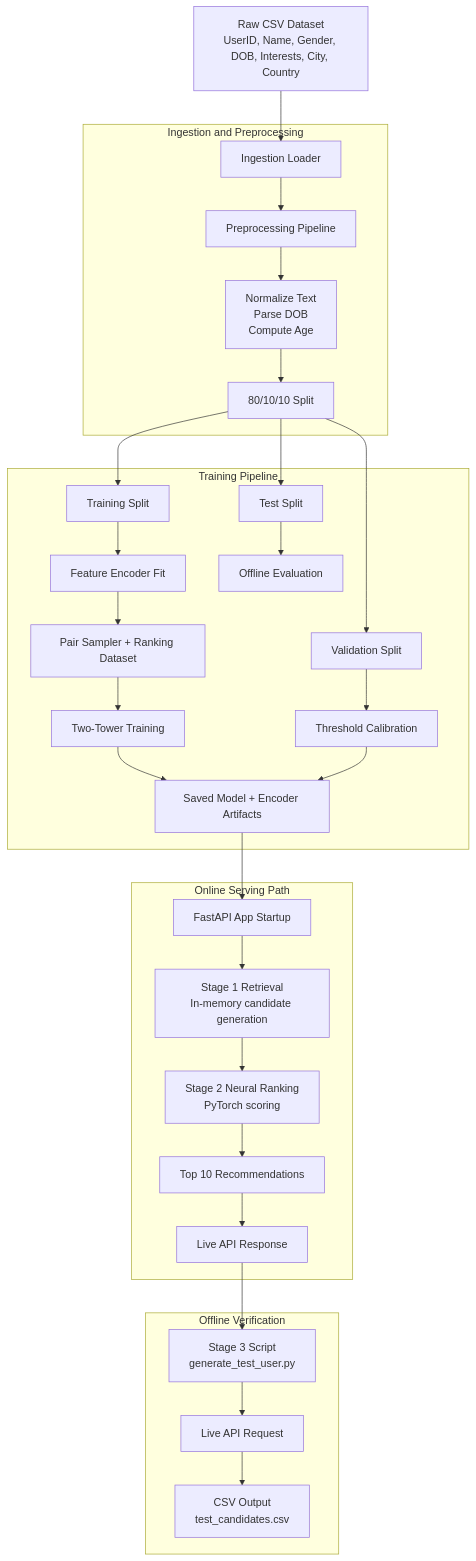
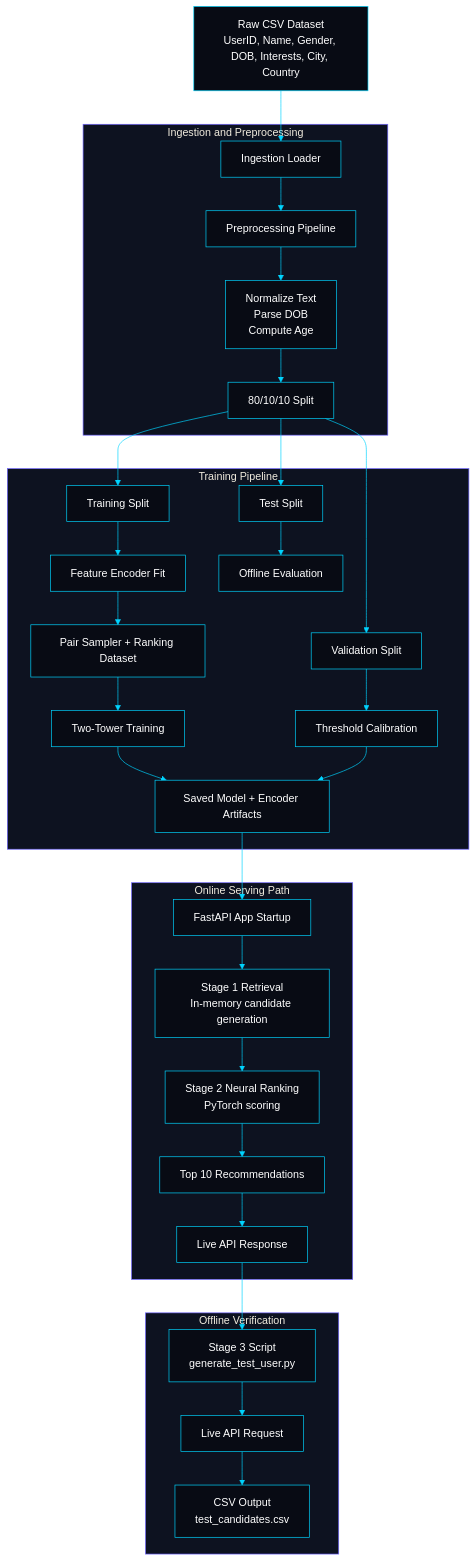
Before and after one commit to jayant1554/X_user_recommendation: the first of 3 diagrams in README.MD, drawn with Mermaid. The commit also changed other lines of this file and 1 other file, not shown here.

````diff
--- a/README.MD
+++ b/README.MD
@@ -88,49 +197,50 @@
 ```mermaid
+%%{init: {'theme':'base', 'themeVariables': {'primaryColor':'#6C63FF', 'primaryTextColor':'#ffffff', 'primaryBorderColor':'#00D4FF', 'lineColor':'#00D4FF', 'secondaryColor':'#080B14', 'tertiaryColor':'#0d1220', 'background':'#080B14', 'mainBkg':'#080B14', 'secondBkg':'#0d1220', 'clusterBkg':'#0d1220', 'clusterBorder':'#6C63FF', 'edgeLabelBackground':'#080B14', 'nodeTextColor':'#ffffff', 'fontFamily':'monospace', 'actorBkg':'#080B14', 'actorBorder':'#00D4FF', 'actorTextColor':'#ffffff', 'signalColor':'#00D4FF', 'signalTextColor':'#ffffff', 'labelBoxBkgColor':'#0d1220', 'labelBoxBorderColor':'#6C63FF', 'labelTextColor':'#ffffff', 'noteBkgColor':'#0d1220', 'noteBorderColor':'#6C63FF', 'noteTextColor':'#ffffff'}}}%%
 flowchart TB
 	A[Raw CSV Dataset\nUserID, Name, Gender, DOB, Interests, City, Country]
-
+ 
 	subgraph INGEST[Ingestion and Preprocessing]
 		B[Ingestion Loader]
 		C[Preprocessing Pipeline]
 		D[Normalize Text\nParse DOB\nCompute Age]
 		E[80/10/10 Split]
 	end
-
+ 
 	subgraph TRAIN[Training Pipeline]
 		F[Training Split]
 		G[Validation Split]
 		H[Test Split]
 		I[Feature Encoder Fit]
 		J[Pair Sampler + Ranking Dataset]
 		K[Two-Tower Training]
 		L[Threshold Calibration]
 		M[Offline Evaluation]
 		N[Saved Model + Encoder Artifacts]
 	end
-
+ 
 	subgraph SERVE[Online Serving Path]
 		O[FastAPI App Startup]
 		P[Stage 1 Retrieval\nIn-memory candidate generation]
 		Q[Stage 2 Neural Ranking\nPyTorch scoring]
 		R[Top 10 Recommendations]
 		S[Live API Response]
 	end
-
+ 
 	subgraph TEST[Offline Verification]
 		T[Stage 3 Script\ngenerate_test_user.py]
 		U[Live API Request]
 		V[CSV Output\ntest_candidates.csv]
 	end
-
+ 
 	A --> B --> C --> D --> E
 	E --> F
 	E --> G
 	E --> H
-
+ 
 	F --> I --> J --> K --> N
 	G --> L --> N
 	H --> M
-
+ 
 	N --> O --> P --> Q --> R --> S
 	S --> T --> U --> V
 ```
````
